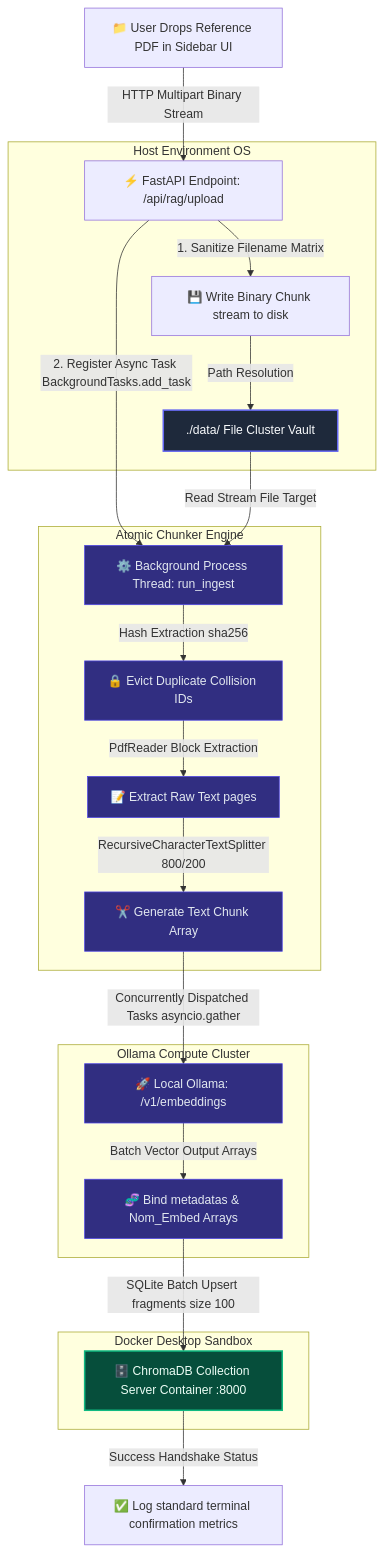
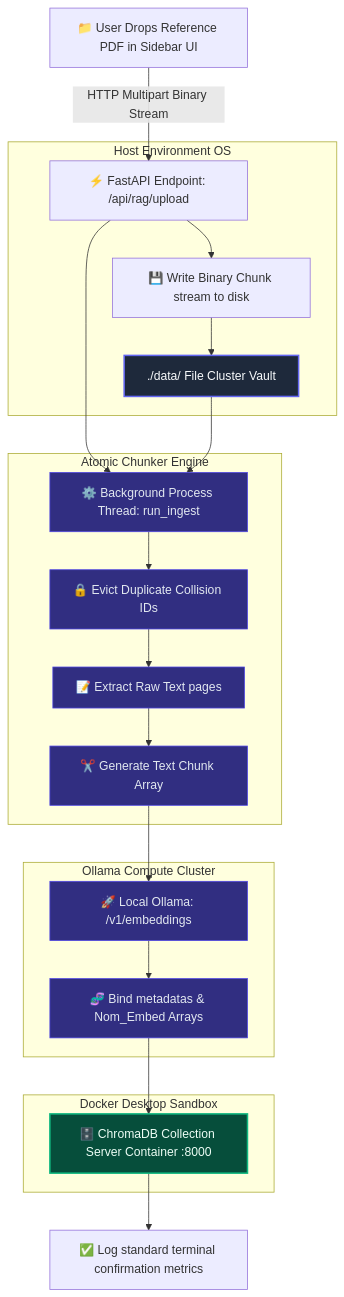
One commit to ranapratapmajee/nexusmind changed the second of 2 diagrams in README.md. Above: the diagram before and after it, drawn with Mermaid. The commit also changed other lines of this file, not shown here.

````diff
--- a/README.md
+++ b/README.md
@@ -66,41 +66,41 @@
 ```mermaid
 graph TD
     %% Styling Profile Configurations
     classDef fileStyle fill:#1E293B,stroke:#6366F1,stroke-width:2px,color:#F8FAFC;
     classDef processStyle fill:#312E81,stroke:#4F46E5,stroke-width:1px,color:#E2E8F0;
     classDef infraStyle fill:#064E3B,stroke:#10B981,stroke-width:2px,color:#ECFDF5;
 
     %% Workflow Structures
     Upload[📁 User Drops Reference PDF in Sidebar UI] -->|HTTP Multipart Binary Stream| Route[⚡ FastAPI Endpoint: /api/rag/upload]
     
     subgraph Local Disk Operations [Host Environment OS]
-        Route -->|1. Sanitize Filename Matrix| Write[💾 Write Binary Chunk stream to disk]
-        Write -->|Path Resolution| StorageDir[./data/ File Cluster Vault]
+        Route --> Write[💾 Write Binary Chunk stream to disk]
+        Write --> StorageDir[./data/ File Cluster Vault]
         class StorageDir fileStyle;
     end
 
-    Route -->|2. Register Async Task BackgroundTasks.add_task| IngestWorker[⚙️ Background Process Thread: run_ingest]
+    Route --> IngestWorker[⚙️ Background Process Thread: run_ingest]
     class IngestWorker processStyle;
-    StorageDir -->|Read Stream File Target| IngestWorker
+    StorageDir --> IngestWorker
 
     subgraph RAG Compilation Sequence [Atomic Chunker Engine]
-        IngestWorker -->|Hash Extraction sha256| HashCheck[🔒 Evict Duplicate Collision IDs]
-        HashCheck -->|PdfReader Block Extraction| TextStream[📝 Extract Raw Text pages]
-        TextStream -->|RecursiveCharacterTextSplitter 800/200| Chunking[✂️ Generate Text Chunk Array]
+        IngestWorker --> HashCheck[🔒 Evict Duplicate Collision IDs]
+        HashCheck --> TextStream[📝 Extract Raw Text pages]
+        TextStream --> Chunking[✂️ Generate Text Chunk Array]
     end
     class HashCheck,TextStream,Chunking processStyle;
 
     subgraph Asynchronous Vector Pipeline [Ollama Compute Cluster]
-        Chunking -->|Concurrently Dispatched Tasks asyncio.gather| EmbedAPI[🚀 Local Ollama: /v1/embeddings]
-        EmbedAPI -->|Batch Vector Output Arrays| EmbedMerge[🧬 Bind metadatas & Nom_Embed Arrays]
+        Chunking --> EmbedAPI[🚀 Local Ollama: /v1/embeddings]
+        EmbedAPI --> EmbedMerge[🧬 Bind metadatas & Nom_Embed Arrays]
     end
     class EmbedAPI,EmbedMerge processStyle;
     
     subgraph Persistent Storage Database [Docker Desktop Sandbox]
-        EmbedMerge -->|SQLite Batch Upsert fragments size 100| Chroma[🗄️ ChromaDB Collection Server Container :8000]
+        EmbedMerge --> Chroma[🗄️ ChromaDB Collection Server Container :8000]
         class Chroma infraStyle;
     end
 
-    Chroma -->|Success Handshake Status| Log[✅ Log standard terminal confirmation metrics]
+    Chroma --> Log[✅ Log standard terminal confirmation metrics]
 
 ```
````
